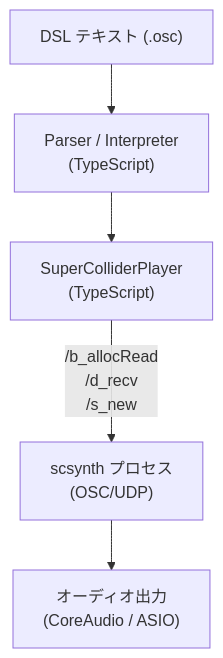
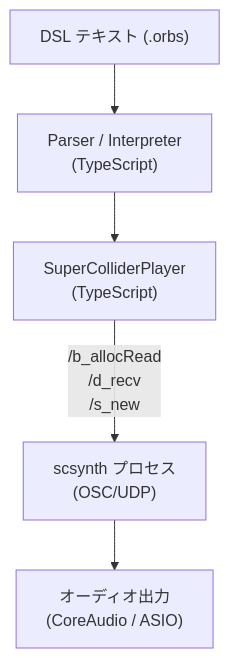
One commit to signalcompose/orbitscore changed the diagram in sites/dev/decisions/adr-001-supercollider.md. Above: the diagram before and after it, drawn with Mermaid. The commit also changed 119 other files, not shown here.

First line of the commit message:
feat: rename file extension from .osc to .orbs

````diff
--- a/sites/dev/decisions/adr-001-supercollider.md
+++ b/sites/dev/decisions/adr-001-supercollider.md
@@ -193,13 +193,13 @@
 ```mermaid
 flowchart TD
-    A["DSL テキスト (.osc)"]
+    A["DSL テキスト (.orbs)"]
     B["Parser / Interpreter\n(TypeScript)"]
     C["SuperColliderPlayer\n(TypeScript)"]
     D["scsynth プロセス\n(OSC/UDP)"]
     E["オーディオ出力\n(CoreAudio / ASIO)"]
 
     A --> B
     B --> C
     C -->|"/b_allocRead\n/d_recv\n/s_new"| D
     D --> E
 ```
````
